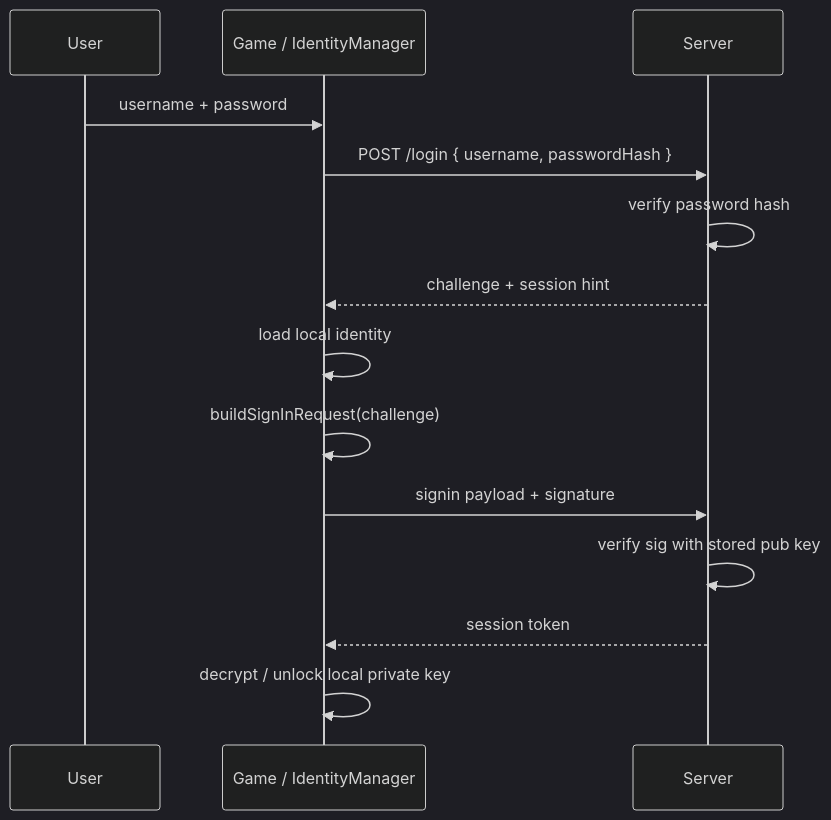
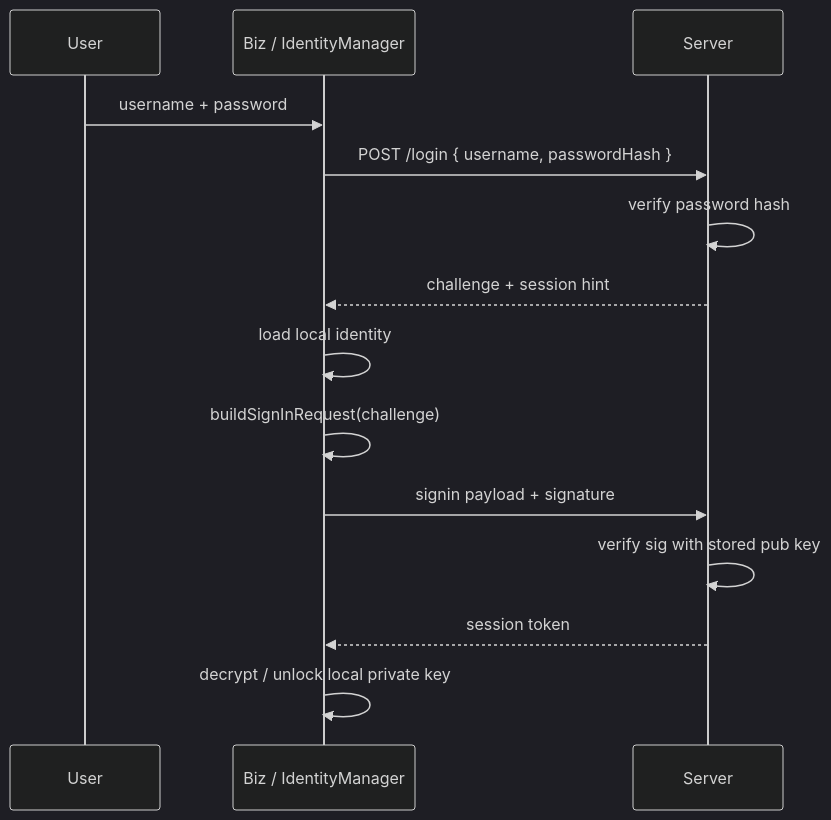
Before and after one commit to greensoft-atom/encrypto: the second of 3 diagrams in jsrsasign/docs/04-auth-flows.md, drawn with Mermaid (dark theme). The commit also changed other lines of this file and 19 other files, not shown here.

````diff
--- a/jsrsasign/docs/04-auth-flows.md
+++ b/jsrsasign/docs/04-auth-flows.md
@@ -91,17 +91,17 @@
 ```mermaid
 sequenceDiagram
     participant U as User
-    participant G as Game / IdentityManager
+    participant G as Biz / IdentityManager
     participant S as Server
 
     U->>G: username + password
     G->>S: POST /login { username, passwordHash }
     S->>S: verify password hash
     S-->>G: challenge + session hint
     G->>G: load local identity
     G->>G: buildSignInRequest(challenge)
     G->>S: signin payload + signature
     S->>S: verify sig with stored pub key
     S-->>G: session token
     G->>G: decrypt / unlock local private key
 ```
````
